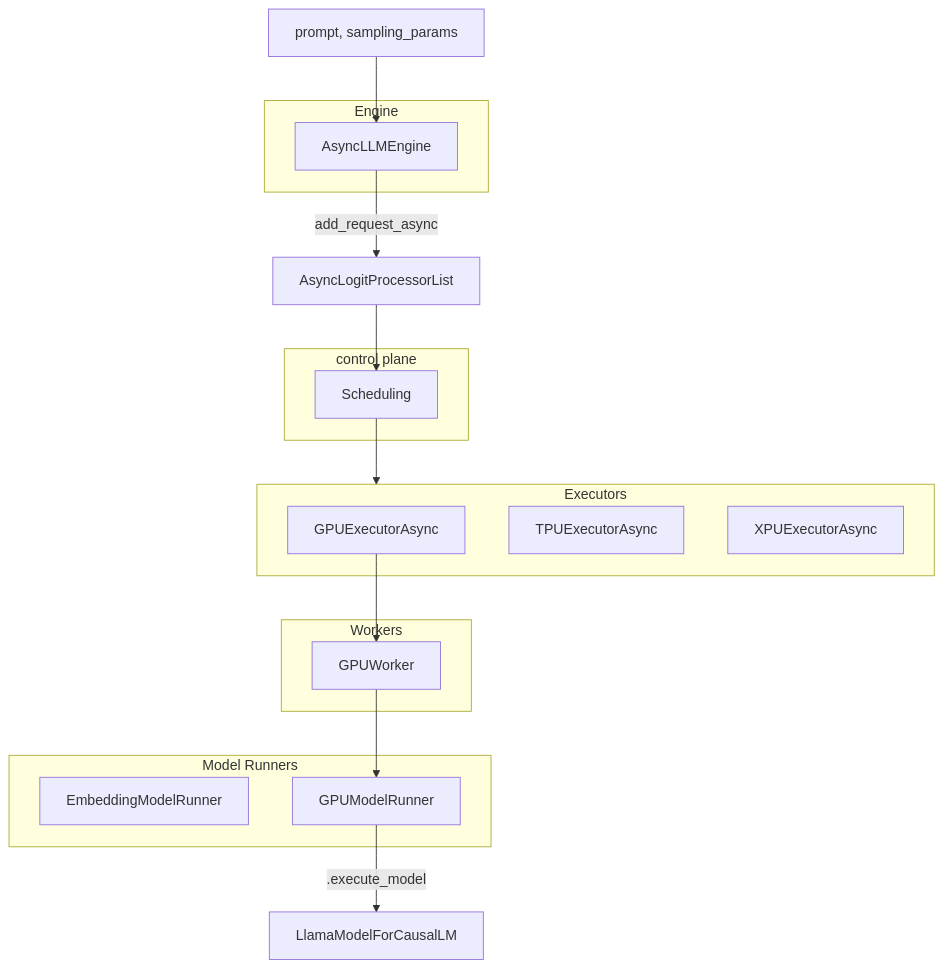
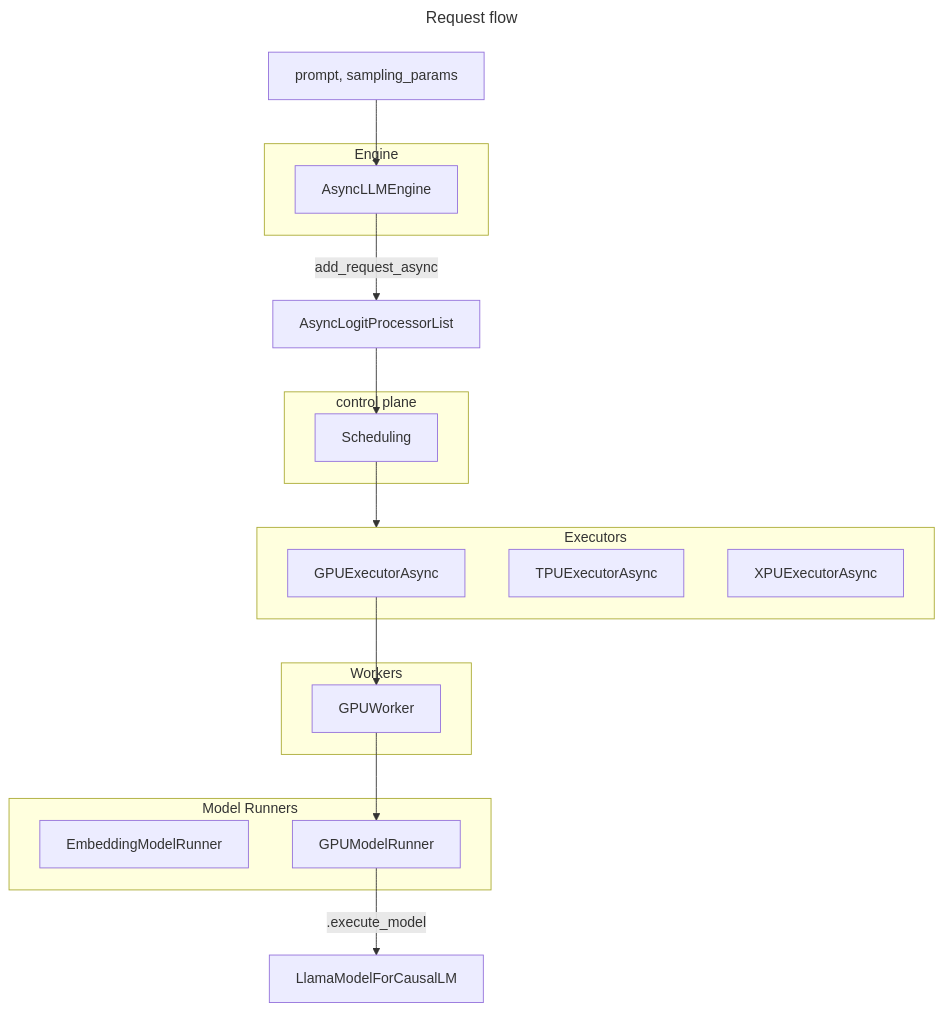
Before and after one commit to aarnphm/aarnphm.github.io: the second of 2 diagrams in content/thoughts/vllm.md, drawn with Mermaid. The commit also changed other lines of this file, not shown here.

````diff
--- a/content/thoughts/vllm.md
+++ b/content/thoughts/vllm.md
@@ -155,30 +154,33 @@
 ```mermaid
+---
+title: Request flow
+---
 graph TB
   subgraph Engine
     AsyncLLMEngine[AsyncLLMEngine]
   end
 
   subgraph Executors
     GPU[GPUExecutorAsync]
     TPU[TPUExecutorAsync]
     XPU[XPUExecutorAsync]
   end
 
   subgraph Workers
     GPUWorker[GPUWorker]
   end
 
   subgraph Model Runners
     EmbeddingModelRunner[EmbeddingModelRunner]
     GPUModelRunner[GPUModelRunner]
   end
 
   subgraph control plane
     Scheduling[Scheduling]
   end
 
   Request[prompt, sampling_params] --> AsyncLLMEngine
   AsyncLLMEngine --> |add_request_async| AsyncLogitProcessor[AsyncLogitProcessorList]
   AsyncLogitProcessor --> Scheduling --> Executors
   GPU --> GPUWorker --> GPUModelRunner --> |.execute_model| ModelClassImpl[LlamaModelForCausalLM]
 ```
````
